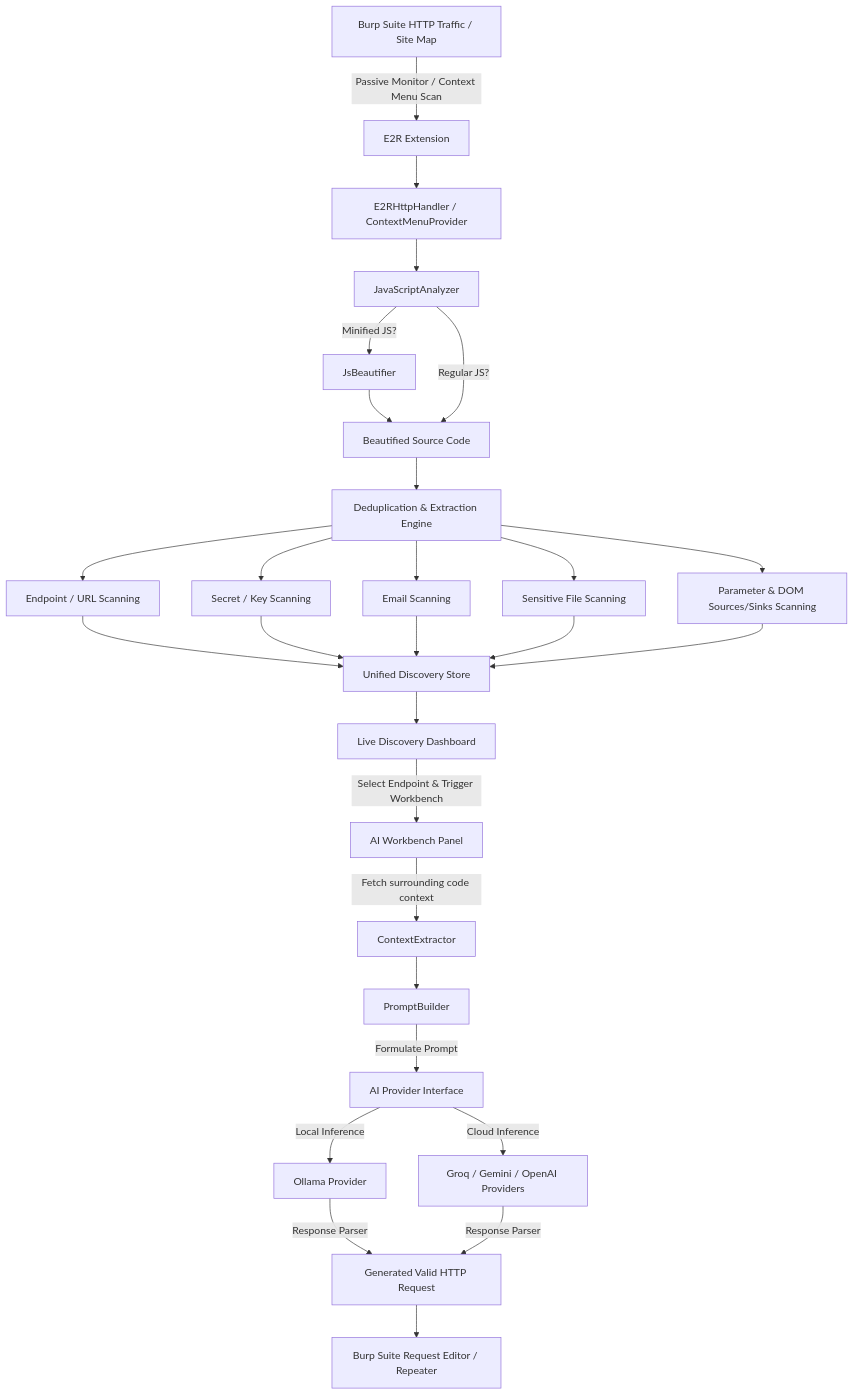
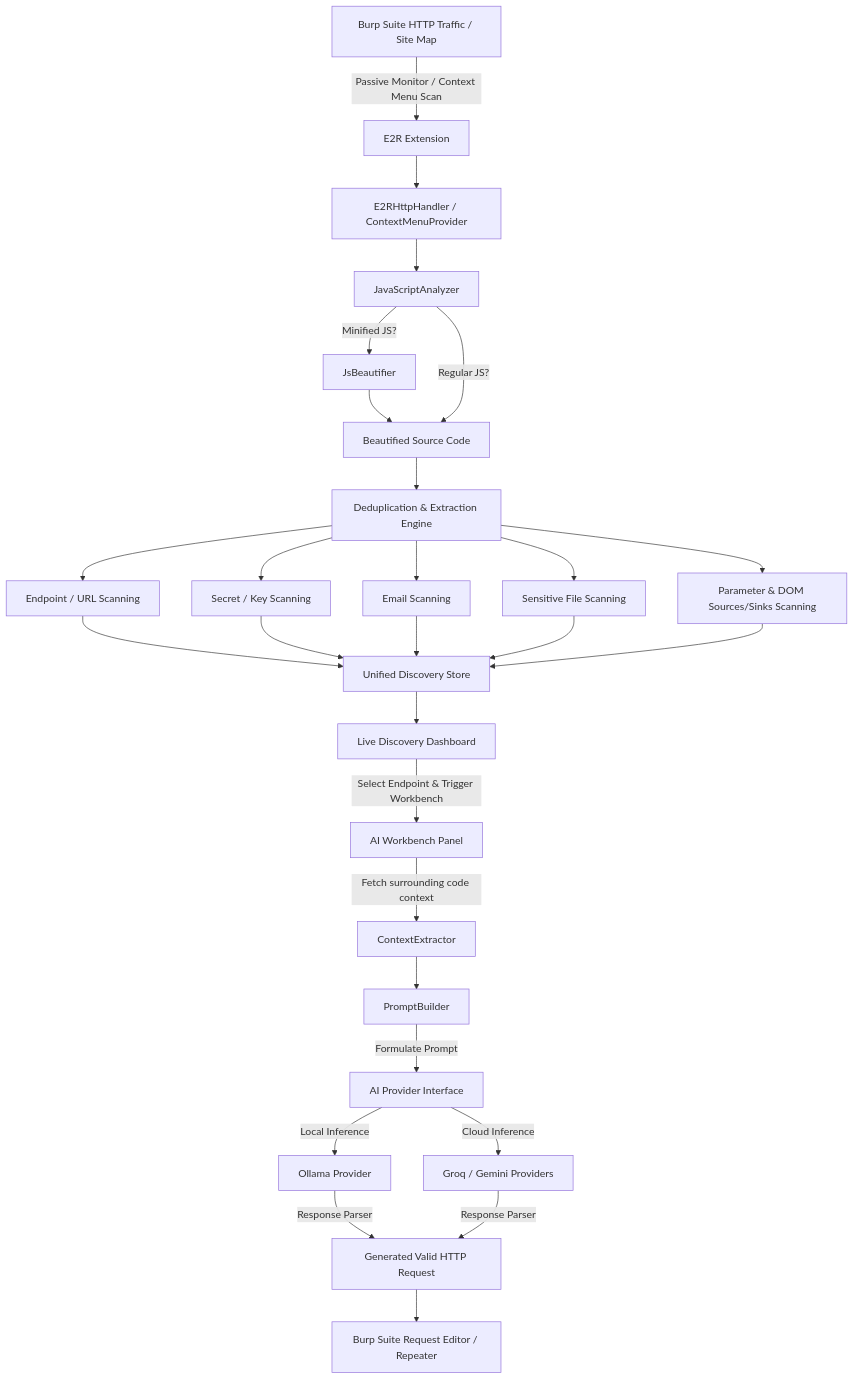
The first of 2 diagrams in E2R/README.md (maverick0o0/E2R), drawn with Mermaid before and after one commit. The commit also changed other lines of this file and 16 other files, not shown here.

Commit message:
Refactor AI providers: remove OpenAI GPT, enhance connection test error handling with detailed UI hints, update About panel credentials, and integrate feature screenshots in README

````diff
--- a/E2R/README.md
+++ b/E2R/README.md
@@ -55,25 +55,25 @@
 ```mermaid
 graph TD
     A[Burp Suite HTTP Traffic / Site Map] -->|Passive Monitor / Context Menu Scan| B[E2R Extension]
     B --> C[E2RHttpHandler / ContextMenuProvider]
     C --> D[JavaScriptAnalyzer]
     D -->|Minified JS?| E[JsBeautifier]
     E --> F[Beautified Source Code]
     D -->|Regular JS?| F
     F --> G[Deduplication & Extraction Engine]
     G --> H[Endpoint / URL Scanning]
     G --> I[Secret / Key Scanning]
     G --> J[Email Scanning]
     G --> K[Sensitive File Scanning]
     G --> L[Parameter & DOM Sources/Sinks Scanning]
     H & I & J & K & L --> M[Unified Discovery Store]
     M --> N[Live Discovery Dashboard]
     N -->|Select Endpoint & Trigger Workbench| O[AI Workbench Panel]
     O -->|Fetch surrounding code context| P[ContextExtractor]
     P --> Q[PromptBuilder]
     Q -->|Formulate Prompt| R[AI Provider Interface]
     R -->|Local Inference| S[Ollama Provider]
-    R -->|Cloud Inference| T[Groq / Gemini / OpenAI Providers]
+    R -->|Cloud Inference| T[Groq / Gemini Providers]
     S & T -->|Response Parser| U[Generated Valid HTTP Request]
     U --> V[Burp Suite Request Editor / Repeater]
 ```
````
